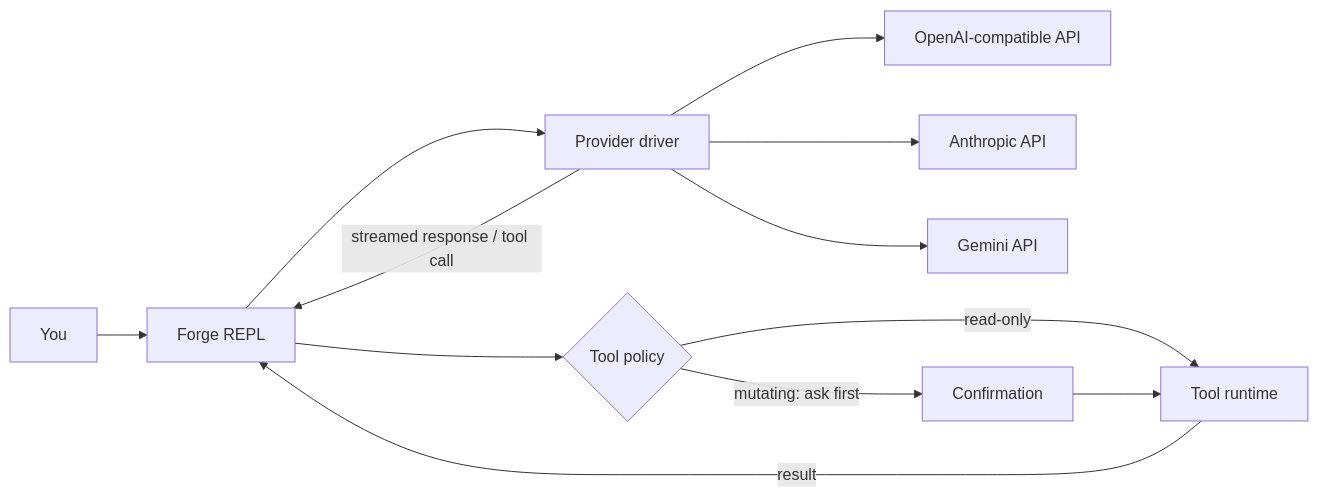
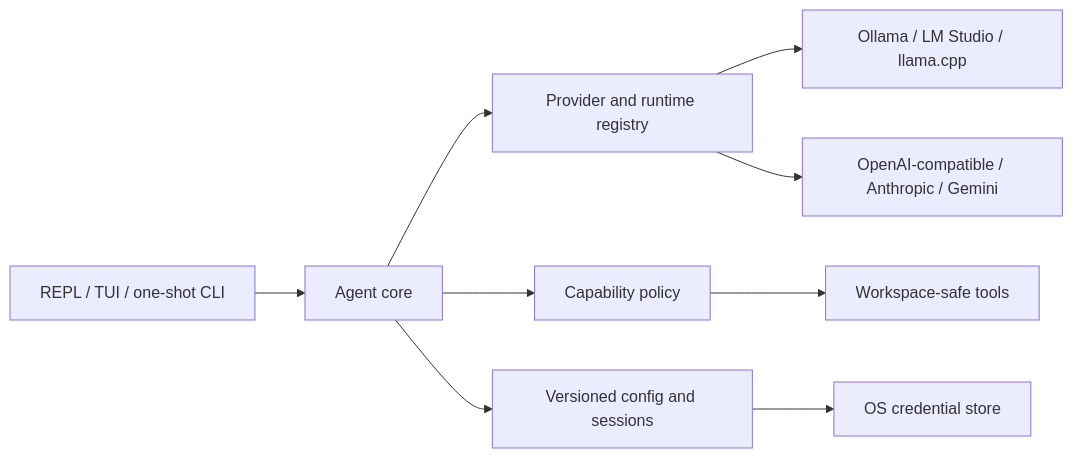
Before and after one commit to h3ex0/forge-cli: the diagram in README.md, drawn with Mermaid. The commit also changed other lines of this file and 74 other files, not shown here.

````diff
--- a/README.md
+++ b/README.md
@@ -147,14 +167,11 @@
 ```mermaid
 flowchart LR
-    U["You"] --> R["Forge REPL"]
-    R --> P["Provider driver"]
-    P --> O["OpenAI-compatible API"]
-    P --> A["Anthropic API"]
-    P --> G["Gemini API"]
-    P -->|"streamed response / tool call"| R
-    R --> Q{"Tool policy"}
-    Q -->|"read-only"| T["Tool runtime"]
-    Q -->|"mutating: ask first"| C["Confirmation"]
-    C --> T
-    T -->|"result"| R
+    U["REPL / TUI / one-shot CLI"] --> C["Agent core"]
+    C --> R["Provider and runtime registry"]
+    R --> L["Ollama / LM Studio / llama.cpp"]
+    R --> P["OpenAI-compatible / Anthropic / Gemini"]
+    C --> E["Capability policy"]
+    E --> T["Workspace-safe tools"]
+    C --> S["Versioned config and sessions"]
+    S --> K["OS credential store"]
 ```
````
